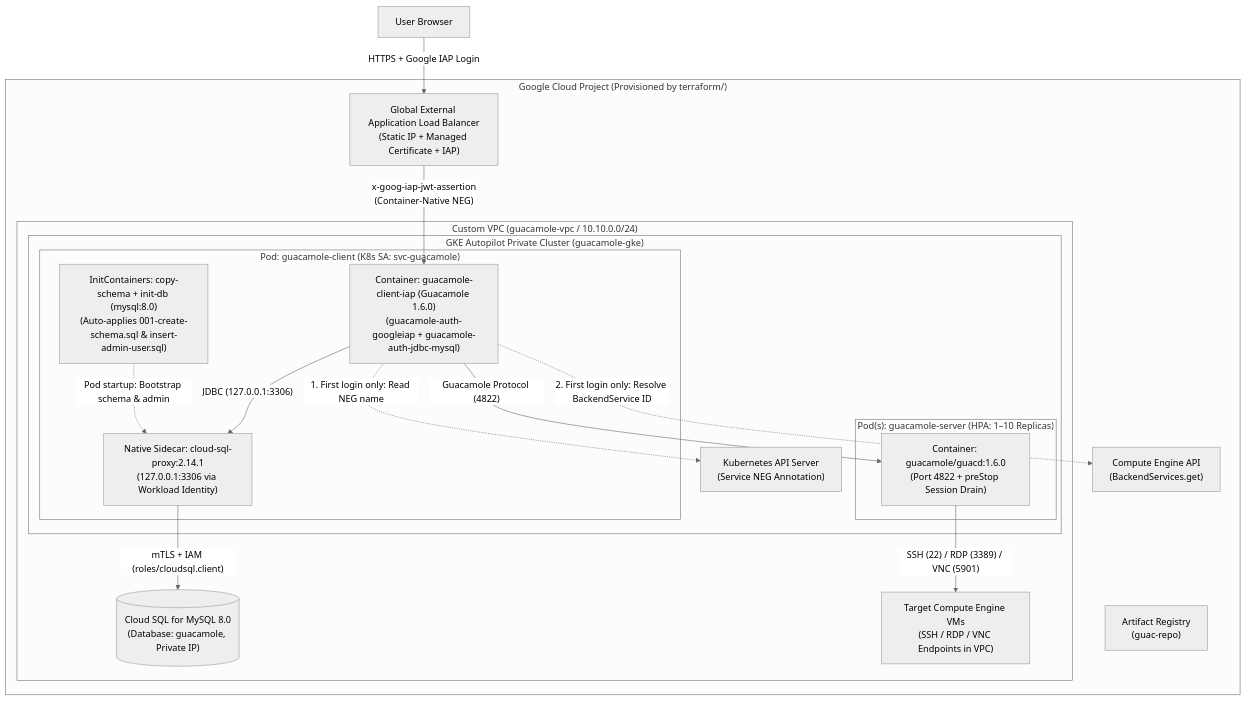
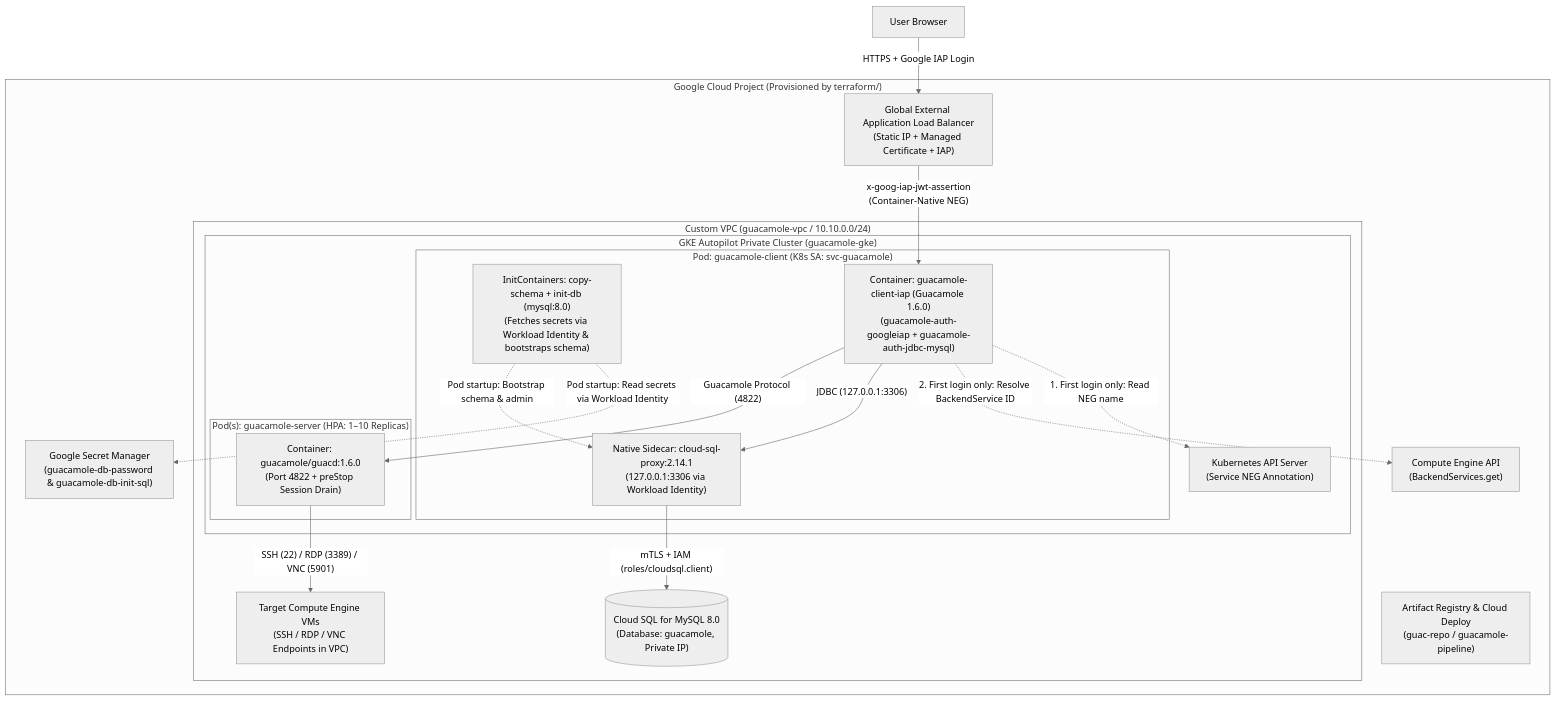
One commit to GoogleCloudPlatform/guacamole-on-gcp changed the diagram in README.md. Above: the diagram before and after it, drawn with Mermaid (neutral theme). The commit also changed other lines of this file and 15 other files, not shown here.

Commit message:
Move secrets to Secret Manager, support standalone kubectl apply -k and Cloud Deploy

````diff
--- a/README.md
+++ b/README.md
@@ -11,36 +11,38 @@
 ```mermaid
 flowchart TB
     User["User Browser"]
     subgraph GCP["Google Cloud Project (Provisioned by terraform/)"]
         GLB["Global External Application Load Balancer<br/>(Static IP + Managed Certificate + IAP)"]
         ComputeAPI["Compute Engine API<br/>(BackendServices.get)"]
-        AR["Artifact Registry<br/>(guac-repo)"]
+        SM["Google Secret Manager<br/>(guacamole-db-password & guacamole-db-init-sql)"]
+        AR["Artifact Registry & Cloud Deploy<br/>(guac-repo / guacamole-pipeline)"]
 
         subgraph VPC["Custom VPC (guacamole-vpc / 10.10.0.0/24)"]
             subgraph GKE["GKE Autopilot Private Cluster (guacamole-gke)"]
                 K8sAPI["Kubernetes API Server<br/>(Service NEG Annotation)"]
                 subgraph PodClient["Pod: guacamole-client (K8s SA: svc-guacamole)"]
-                    InitDB["InitContainers: copy-schema + init-db (mysql:8.0)<br/>(Auto-applies 001-create-schema.sql & insert-admin-user.sql)"]
+                    InitDB["InitContainers: copy-schema + init-db (mysql:8.0)<br/>(Fetches secrets via Workload Identity & bootstraps schema)"]
                     GuacClient["Container: guacamole-client-iap (Guacamole 1.6.0)<br/>(guacamole-auth-googleiap + guacamole-auth-jdbc-mysql)"]
                     SQLProxy["Native Sidecar: cloud-sql-proxy:2.14.1<br/>(127.0.0.1:3306 via Workload Identity)"]
                 end
                 subgraph PodServer["Pod(s): guacamole-server (HPA: 1–10 Replicas)"]
                     Guacd["Container: guacamole/guacd:1.6.0<br/>(Port 4822 + preStop Session Drain)"]
                 end
             end
 
             CloudSQL[("Cloud SQL for MySQL 8.0<br/>(Database: guacamole, Private IP)")]
             TargetVMs["Target Compute Engine VMs<br/>(SSH / RDP / VNC Endpoints in VPC)"]
         end
     end
 
     User -->|"HTTPS + Google IAP Login"| GLB
     GLB -->|"x-goog-iap-jwt-assertion<br/>(Container-Native NEG)"| GuacClient
     GuacClient -.->|"1. First login only: Read NEG name"| K8sAPI
     GuacClient -.->|"2. First login only: Resolve BackendService ID"| ComputeAPI
+    InitDB -.->|"Pod startup: Read secrets via Workload Identity"| SM
     InitDB -.->|"Pod startup: Bootstrap schema & admin"| SQLProxy
     GuacClient -->|"JDBC (127.0.0.1:3306)"| SQLProxy
     SQLProxy -->|"mTLS + IAM (roles/cloudsql.client)"| CloudSQL
     GuacClient -->|"Guacamole Protocol (4822)"| Guacd
     Guacd -->|"SSH (22) / RDP (3389) / VNC (5901)"| TargetVMs
 ```
````
